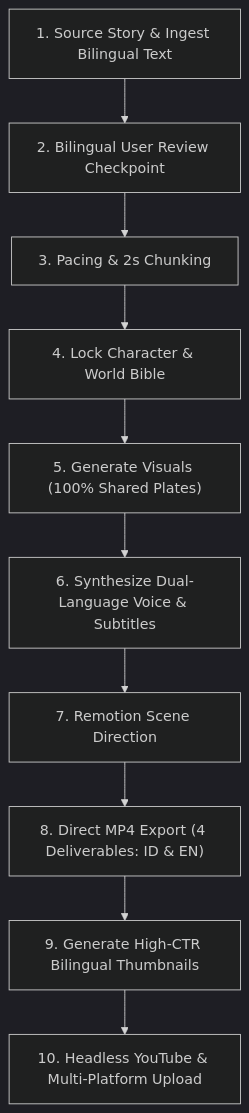
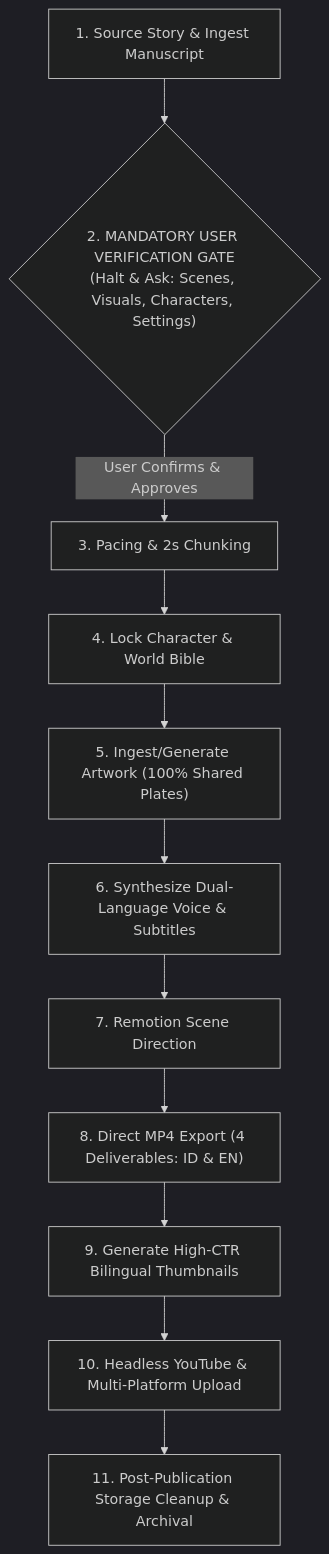
The diagram in skills/storybook-video-generator/SKILL.md (ramustha/storybook-video-generator), drawn with Mermaid (dark theme) before and after one commit. The commit also changed other lines of this file and 5 other files, not shown here.

````diff
--- a/skills/storybook-video-generator/SKILL.md
+++ b/skills/storybook-video-generator/SKILL.md
@@ -42,12 +48,13 @@
 ```mermaid
 flowchart TD
-    S1["1. Source Story & Ingest Bilingual Text"] --> S2["2. Bilingual User Review Checkpoint"]
-    S2 --> S3["3. Pacing & 2s Chunking"]
+    S1["1. Source Story & Ingest Manuscript"] --> S2{"2. MANDATORY USER VERIFICATION GATE<br/>(Halt & Ask: Scenes, Visuals, Characters, Settings)"}
+    S2 -- "User Confirms & Approves" --> S3["3. Pacing & 2s Chunking"]
     S3 --> S4["4. Lock Character & World Bible"]
-    S4 --> S5["5. Generate Visuals (100% Shared Plates)"]
+    S4 --> S5["5. Ingest/Generate Artwork (100% Shared Plates)"]
     S5 --> S6["6. Synthesize Dual-Language Voice & Subtitles"]
     S6 --> S7["7. Remotion Scene Direction"]
     S7 --> S8["8. Direct MP4 Export (4 Deliverables: ID & EN)"]
     S8 --> S9["9. Generate High-CTR Bilingual Thumbnails"]
     S9 --> S10["10. Headless YouTube & Multi-Platform Upload"]
+    S10 --> S11["11. Post-Publication Storage Cleanup & Archival"]
 ```
````
